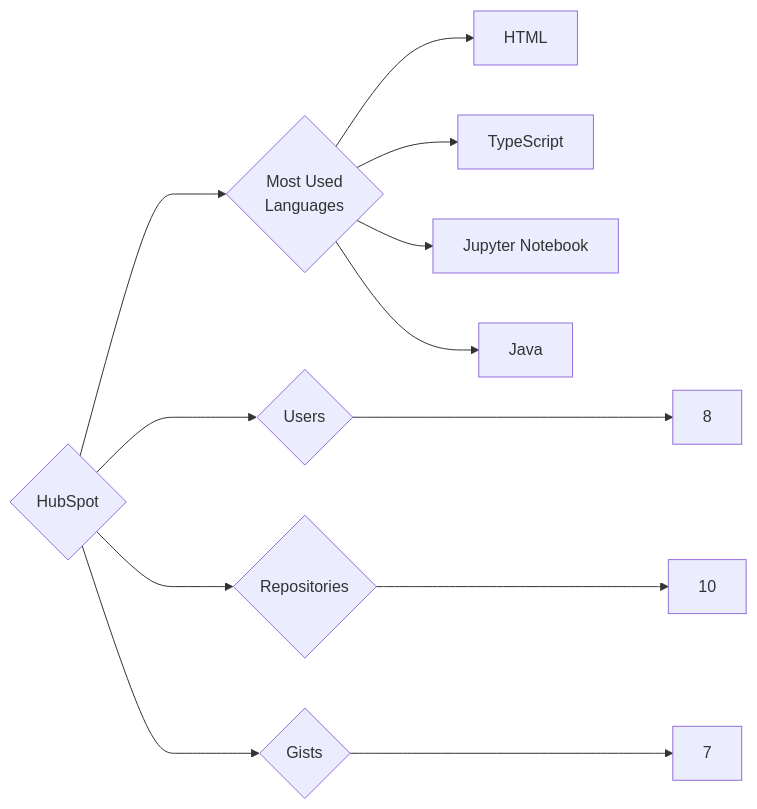
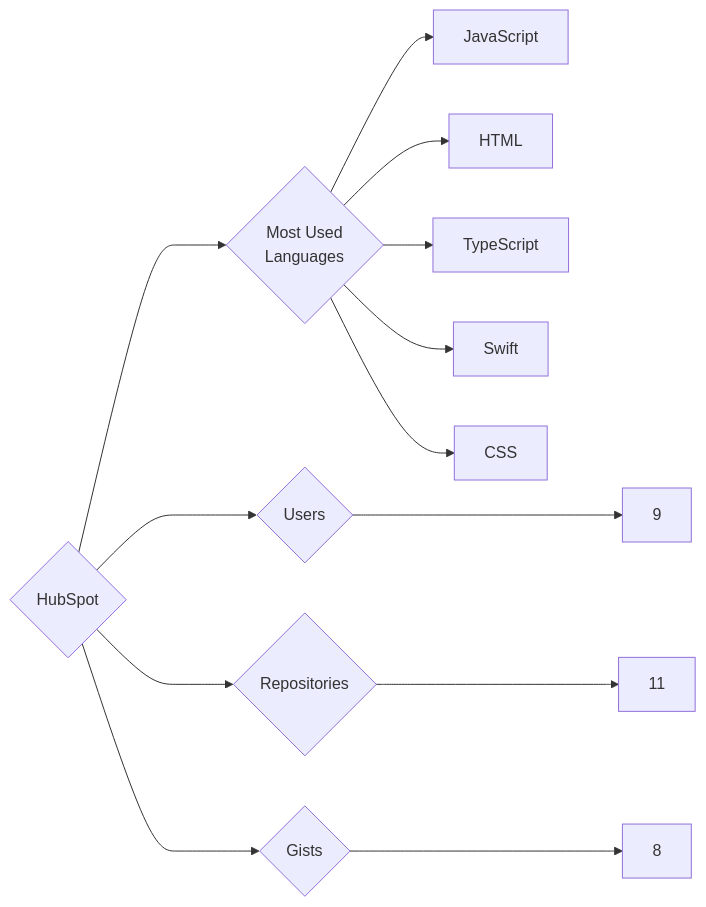
One commit to trickest/insiders changed the diagram in targets/HubSpot/README.md. Above: the diagram before and after it, drawn with Mermaid. The commit also changed 1055 other files, not shown here.

````diff
--- a/targets/HubSpot/README.md
+++ b/targets/HubSpot/README.md
@@ -3,12 +3,13 @@
 ```mermaid
 graph LR
 COMPANY_NAME{HubSpot}
-COMPANY_NAME ---> U{Users} ---> UN[8]
-COMPANY_NAME ---> R{Repositories} ---> RN[10]
-COMPANY_NAME ---> G{Gists} ---> GN[7]
+COMPANY_NAME ---> U{Users} ---> UN[9]
+COMPANY_NAME ---> R{Repositories} ---> RN[11]
+COMPANY_NAME ---> G{Gists} ---> GN[8]
 COMPANY_NAME ---> ML{Most Used<br>Languages}
+ML --> JavaScript[JavaScript]
 ML --> HTML[HTML]
 ML --> TypeScript[TypeScript]
-ML --> Jupyter_Notebook[Jupyter Notebook]
-ML --> Java[Java]
+ML --> Swift[Swift]
+ML --> CSS[CSS]
 ```
````
